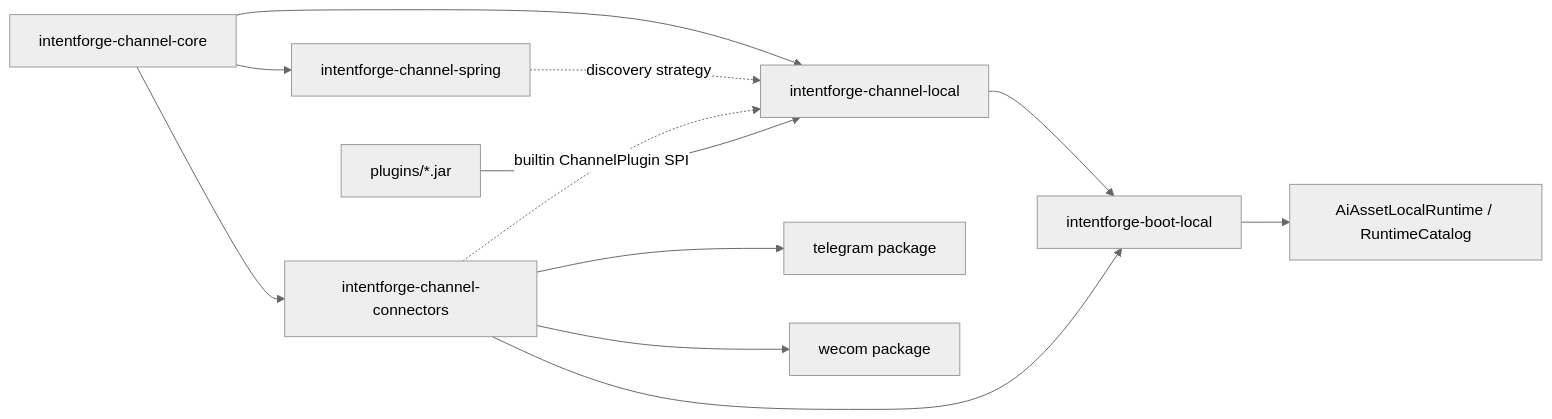
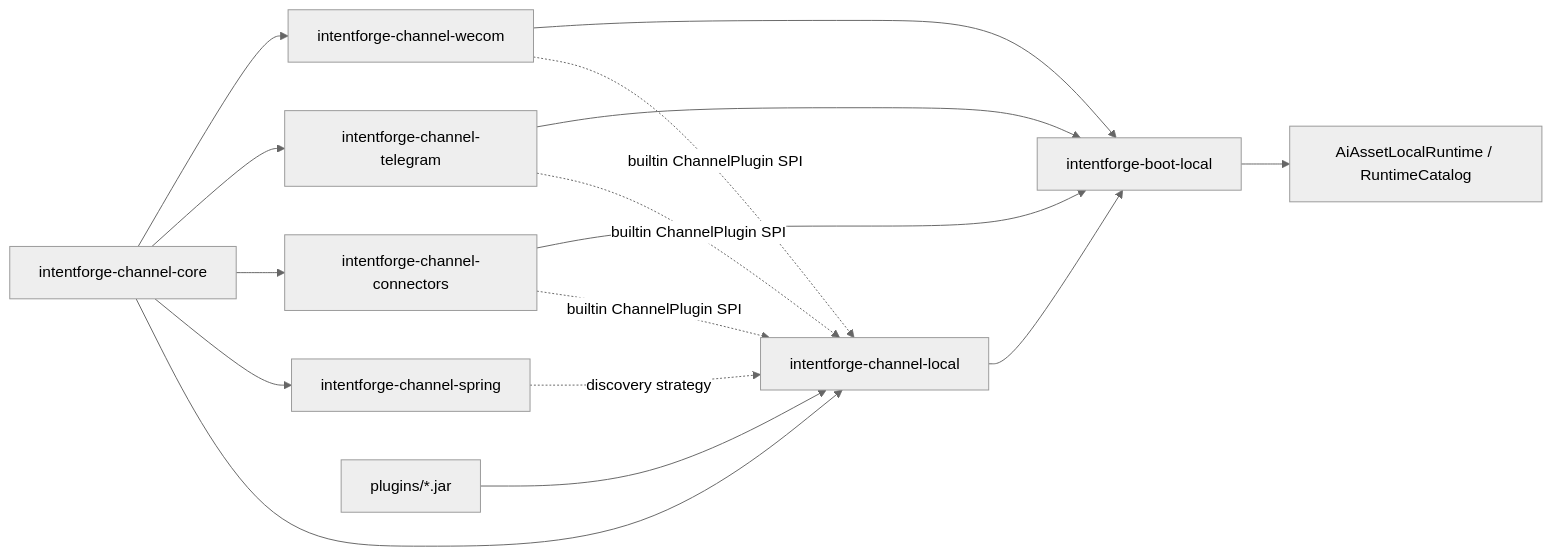
Before and after one commit to xinlangtao/IntentForge: the second of 2 diagrams in docs/tasks/channel-runtime-module.md, drawn with Mermaid (neutral theme). The commit also changed other lines of this file, not shown here.

Commit message:
docs: close channel split task

````diff
--- a/docs/tasks/channel-runtime-module.md
+++ b/docs/tasks/channel-runtime-module.md
@@ -87,14 +90,18 @@
 ```mermaid
 flowchart LR
     Core["intentforge-channel-core"] --> Local["intentforge-channel-local"]
     Core --> Spring["intentforge-channel-spring"]
     Core --> Connectors["intentforge-channel-connectors"]
-    Connectors --> Telegram["telegram package"]
-    Connectors --> WeCom["wecom package"]
+    Core --> Telegram["intentforge-channel-telegram"]
+    Core --> WeCom["intentforge-channel-wecom"]
     Spring -.discovery strategy.-> Local
     Connectors -.builtin ChannelPlugin SPI.-> Local
+    Telegram -.builtin ChannelPlugin SPI.-> Local
+    WeCom -.builtin ChannelPlugin SPI.-> Local
     Plugins["plugins/*.jar"] --> Local
     Local --> Boot["intentforge-boot-local"]
     Connectors --> Boot
+    Telegram --> Boot
+    WeCom --> Boot
     Boot --> Runtime["AiAssetLocalRuntime / RuntimeCatalog"]
 ```
````
